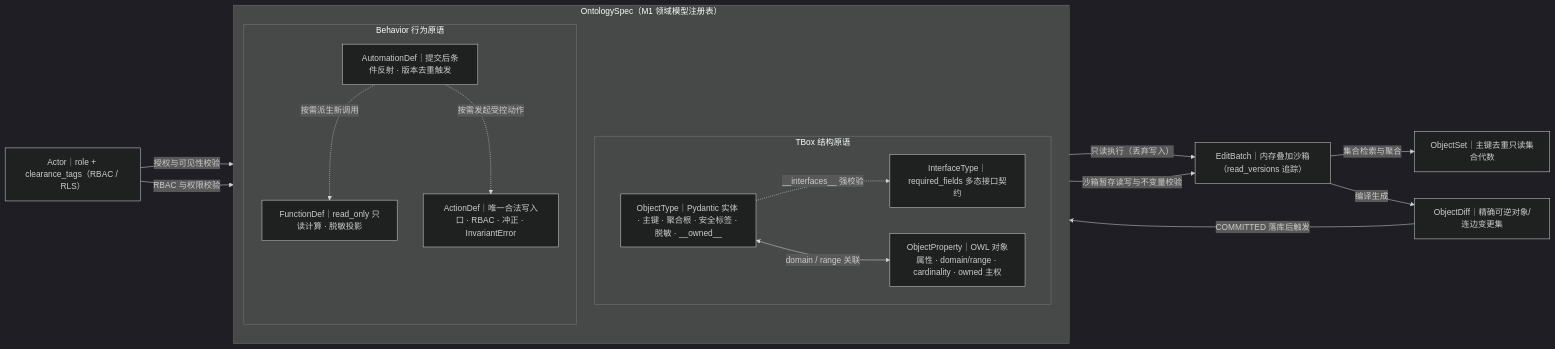
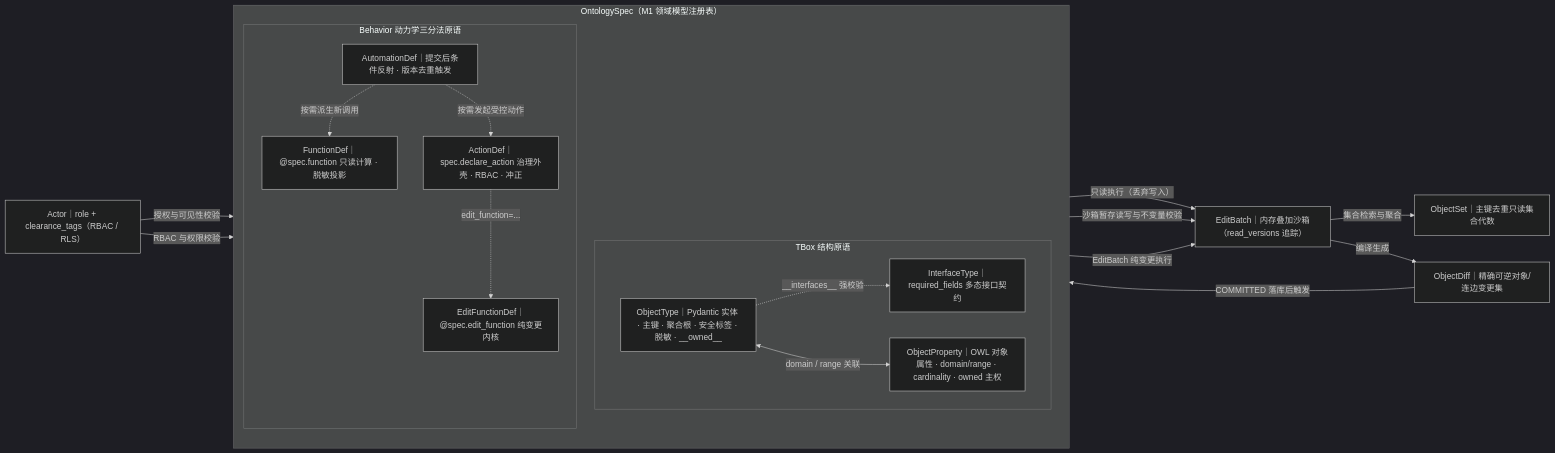
Before and after one commit to guci314/openontology: the second of 3 diagrams in docs/ARCHITECTURE.md, drawn with Mermaid (dark theme). The commit also changed other lines of this file and 33 other files, not shown here.

````diff
--- a/docs/ARCHITECTURE.md
+++ b/docs/ARCHITECTURE.md
@@ -110,33 +111,36 @@
 ```mermaid
 flowchart LR
     subgraph SPEC["OntologySpec（M1 领域模型注册表）"]
         direction TB
         subgraph TBOX_BOX["TBox 结构原语"]
             OT["ObjectType｜Pydantic 实体 · 主键 · 聚合根 · 安全标签 · 脱敏 · __owned__"]
             IT["InterfaceType｜required_fields 多态接口契约"]
             LT["ObjectProperty｜OWL 对象属性 · domain/range · cardinality · owned 主权"]
             OT -.->|"__interfaces__ 强校验"| IT
             OT <-->|"domain / range 关联"| LT
         end
-        subgraph BEHAV_BOX["Behavior 行为原语"]
-            FN["FunctionDef｜read_only 只读计算 · 脱敏投影"]
-            ACT["ActionDef｜唯一合法写入口 · RBAC · 冲正 · InvariantError"]
+        subgraph BEHAV_BOX["Behavior 动力学三分法原语"]
+            FN["FunctionDef｜@spec.function 只读计算 · 脱敏投影"]
+            EF["EditFunctionDef｜@spec.edit_function 纯变更内核"]
+            ACT["ActionDef｜spec.declare_action 治理外壳 · RBAC · 冲正"]
             AUTO["AutomationDef｜提交后条件反射 · 版本去重触发"]
+            ACT -.->|"edit_function=..."| EF
         end
     end
 
     ACTOR["Actor｜role + clearance_tags（RBAC / RLS）"]
     BATCH["EditBatch｜内存叠加沙箱（read_versions 追踪）"]
     OSET["ObjectSet｜主键去重只读集合代数"]
     DIFF["ObjectDiff｜精确可逆对象/连边变更集"]
 
     ACTOR -->|"授权与可见性校验"| FN
     ACTOR -->|"RBAC 与权限校验"| ACT
     FN -->|"只读执行（丢弃写入）"| BATCH
     BATCH -->|"集合检索与聚合"| OSET
     ACT -->|"沙箱暂存读写与不变量校验"| BATCH
+    EF -->|"EditBatch 纯变更执行"| BATCH
     BATCH -->|"编译生成"| DIFF
     DIFF -->|"COMMITTED 落库后触发"| AUTO
     AUTO -.->|"按需派生新调用"| FN
     AUTO -.->|"按需发起受控动作"| ACT
 ```
````
